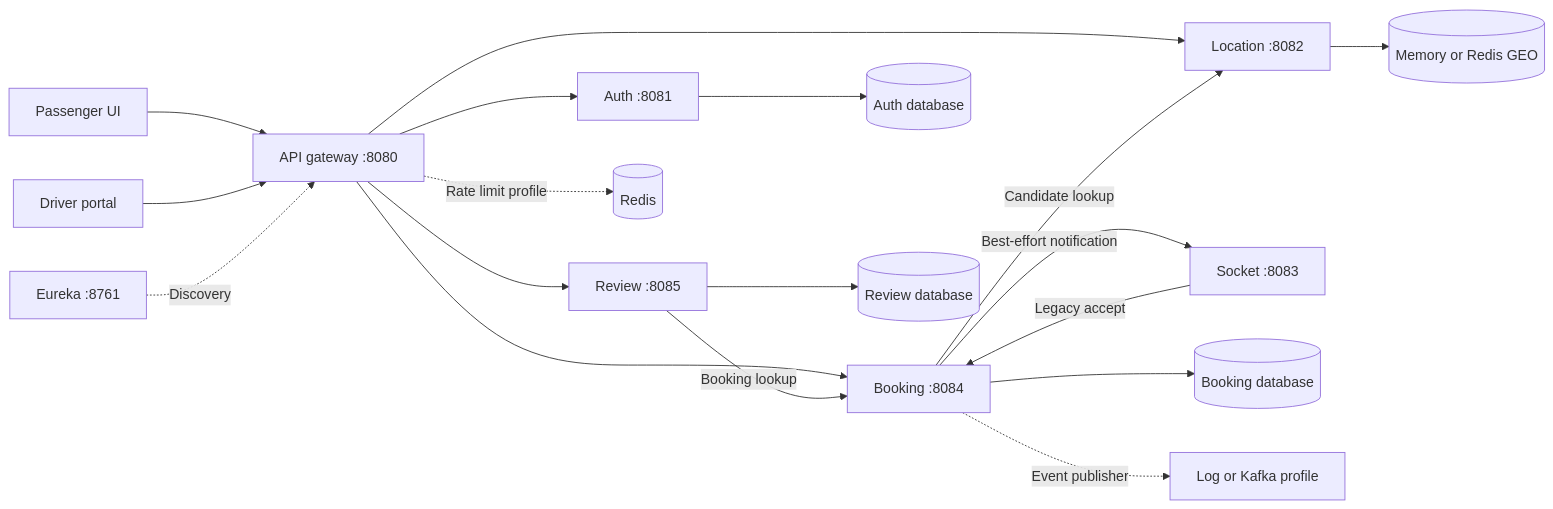
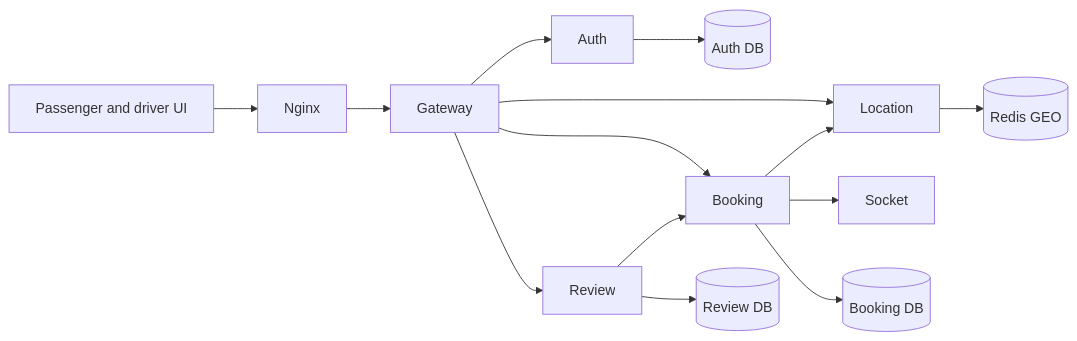
One commit to piyush932/uber-ride-platform changed the first of 2 diagrams in docs/HLD.md. Above: the diagram before and after it, drawn with Mermaid. The commit also changed other lines of this file and 5 other files, not shown here.

````diff
--- a/docs/HLD.md
+++ b/docs/HLD.md
@@ -11,20 +7,16 @@
 ```mermaid
 flowchart LR
-    P[Passenger UI] --> GW[API gateway :8080]
-    D[Driver portal] --> GW
-    GW --> A[Auth :8081]
-    GW --> L[Location :8082]
-    GW --> B[Booking :8084]
-    GW --> R[Review :8085]
-    B -->|Candidate lookup| L
-    B -->|Best-effort notification| S[Socket :8083]
-    S -->|Legacy accept| B
-    R -->|Booking lookup| B
-    A --> AD[(Auth database)]
-    B --> BD[(Booking database)]
-    R --> RD[(Review database)]
-    L --> LS[(Memory or Redis GEO)]
-    GW -. Rate limit profile .-> Redis[(Redis)]
-    B -. Event publisher .-> Events[Log or Kafka profile]
-    E[Eureka :8761] -. Discovery .-> GW
+    UI[Passenger and driver UI] --> N[Nginx]
+    N --> G[Gateway]
+    G --> A[Auth]
+    G --> L[Location]
+    G --> B[Booking]
+    G --> R[Review]
+    B --> L
+    B --> S[Socket]
+    R --> B
+    A --> AD[(Auth DB)]
+    B --> BD[(Booking DB)]
+    R --> RD[(Review DB)]
+    L --> Redis[(Redis GEO)]
 ```
````
